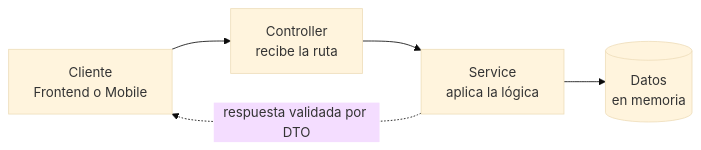
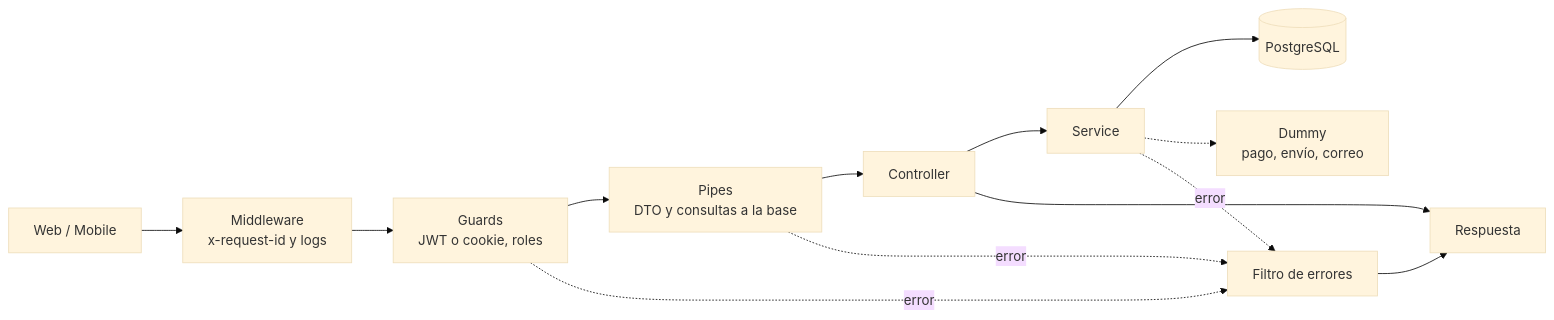
One commit to bootcamp-uchile-2026/grupo-5-backend changed the diagram in paginas-wiki/Arquitectura-General.md. Above: the diagram before and after it, drawn with Mermaid (base theme). The commit also changed other lines of this file and 91 other files, not shown here.

````diff
--- a/paginas-wiki/Arquitectura-General.md
+++ b/paginas-wiki/Arquitectura-General.md
@@ -5,7 +8,15 @@
 ```mermaid
 flowchart LR
-    A[Cliente<br/>Frontend o Mobile] --> B[Controller<br/>recibe la ruta]
-    B --> C[Service<br/>aplica la lógica]
-    C --> D[(Datos<br/>en memoria)]
-    C -.respuesta validada por DTO.-> A
+    C[Web / Mobile] --> M[Middleware<br/>x-request-id y logs]
+    M --> G[Guards<br/>JWT o cookie, roles]
+    G --> P[Pipes<br/>DTO y consultas a la base]
+    P --> CT[Controller]
+    CT --> S[Service]
+    S --> DB[(PostgreSQL)]
+    S -.-> D[Dummy<br/>pago, envío, correo]
+    CT --> R[Respuesta]
+    G -. error .-> F[Filtro de errores]
+    P -. error .-> F
+    S -. error .-> F
+    F --> R
 ```
````
